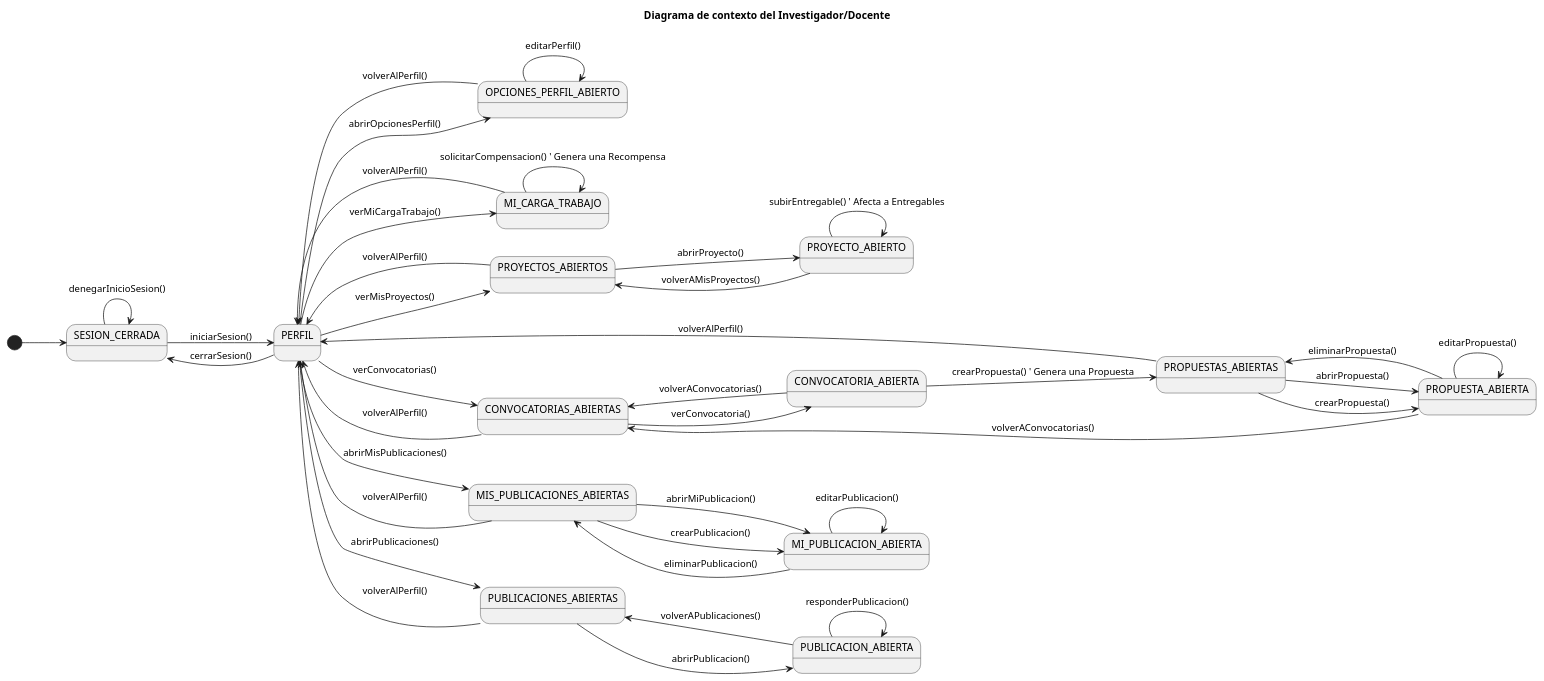
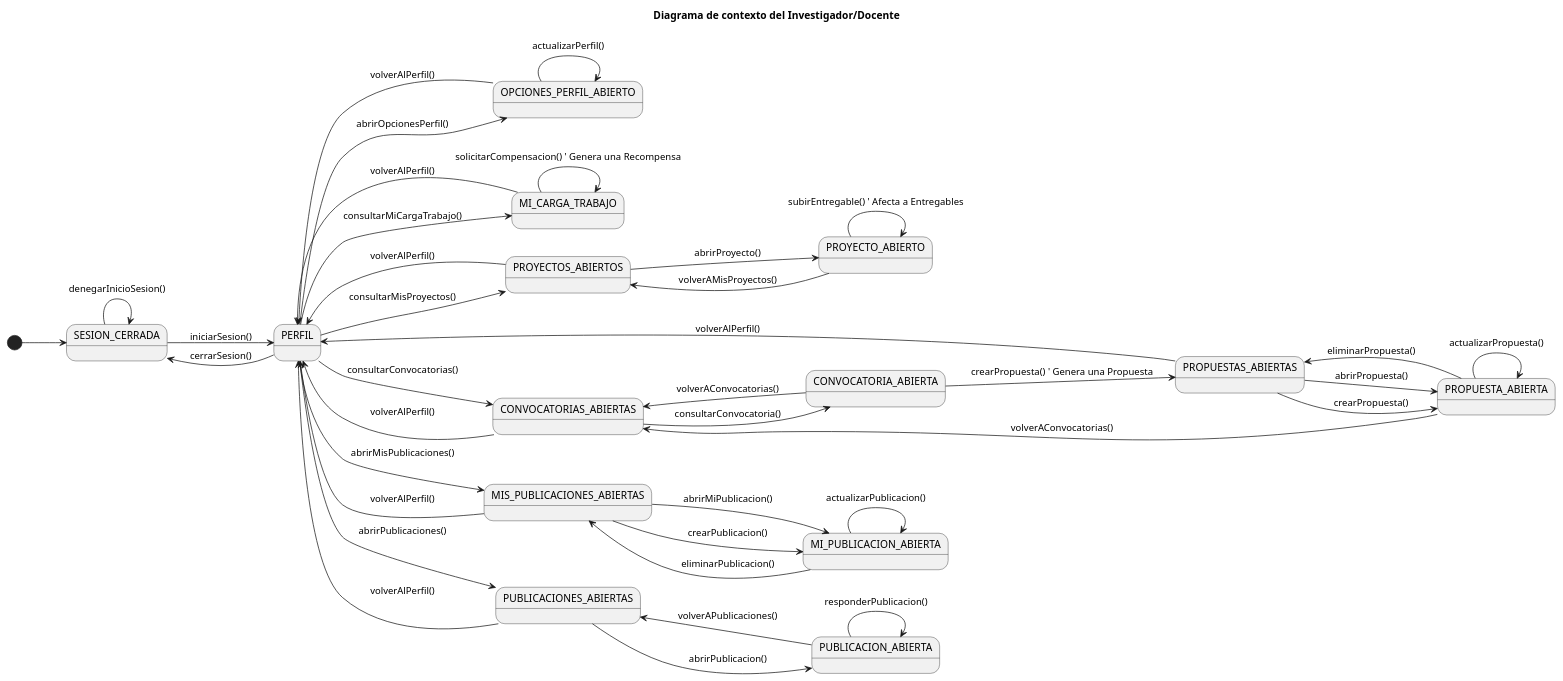
The diagram in documents/CasosDeUso/DiagramaContexto/DiagramaContextoInvestigador.puml (31Diego/25-26-IdSw1-SdR), drawn with PlantUML before and after one commit. The commit also changed 9 other files, not shown here.

Commit message:
refactor: actualizar terminología a convención CRUD en todos los diagramas

```diff
--- a/documents/CasosDeUso/DiagramaContexto/DiagramaContextoInvestigador.puml
+++ b/documents/CasosDeUso/DiagramaContexto/DiagramaContextoInvestigador.puml
@@ -1,61 +1,61 @@
 @startuml DiagramaContextoInvestigador
 
 title Diagrama de contexto del Investigador/Docente
 
 left to right direction
 
 [*] --> SESION_CERRADA
 SESION_CERRADA --> SESION_CERRADA : denegarInicioSesion()
 SESION_CERRADA --> PERFIL : iniciarSesion()
 
 PERFIL --> SESION_CERRADA : cerrarSesion()
 PERFIL --> OPCIONES_PERFIL_ABIERTO : abrirOpcionesPerfil()
-PERFIL --> MI_CARGA_TRABAJO : verMiCargaTrabajo()
-PERFIL --> PROYECTOS_ABIERTOS : verMisProyectos()
-PERFIL --> CONVOCATORIAS_ABIERTAS : verConvocatorias()
+PERFIL --> MI_CARGA_TRABAJO : consultarMiCargaTrabajo()
+PERFIL --> PROYECTOS_ABIERTOS : consultarMisProyectos()
+PERFIL --> CONVOCATORIAS_ABIERTAS : consultarConvocatorias()
 PERFIL --> MIS_PUBLICACIONES_ABIERTAS : abrirMisPublicaciones()
 PERFIL --> PUBLICACIONES_ABIERTAS : abrirPublicaciones()
 
 ' --- Gestión de Publicaciones ---
 PUBLICACIONES_ABIERTAS --> PUBLICACION_ABIERTA : abrirPublicacion()
 PUBLICACION_ABIERTA --> PUBLICACION_ABIERTA : responderPublicacion()
 PUBLICACION_ABIERTA --> PUBLICACIONES_ABIERTAS : volverAPublicaciones()
 
 MIS_PUBLICACIONES_ABIERTAS --> MI_PUBLICACION_ABIERTA : abrirMiPublicacion()
 MIS_PUBLICACIONES_ABIERTAS --> MI_PUBLICACION_ABIERTA : crearPublicacion()
-MI_PUBLICACION_ABIERTA --> MI_PUBLICACION_ABIERTA : editarPublicacion()
+MI_PUBLICACION_ABIERTA --> MI_PUBLICACION_ABIERTA : actualizarPublicacion()
 MI_PUBLICACION_ABIERTA --> MIS_PUBLICACIONES_ABIERTAS : eliminarPublicacion()
 
 ' --- Gestión de Perfil y Carga de Trabajo ---
-OPCIONES_PERFIL_ABIERTO --> OPCIONES_PERFIL_ABIERTO : editarPerfil()
+OPCIONES_PERFIL_ABIERTO --> OPCIONES_PERFIL_ABIERTO : actualizarPerfil()
 OPCIONES_PERFIL_ABIERTO --> PERFIL : volverAlPerfil()
 
 MI_CARGA_TRABAJO --> MI_CARGA_TRABAJO : solicitarCompensacion() ' Genera una Recompensa
 MI_CARGA_TRABAJO --> PERFIL : volverAlPerfil()
 
 ' --- Gestión de Proyectos (solo lectura y seguimiento) ---
 PROYECTOS_ABIERTOS --> PROYECTO_ABIERTO : abrirProyecto()
 PROYECTO_ABIERTO --> PROYECTO_ABIERTO : subirEntregable() ' Afecta a Entregables
 PROYECTO_ABIERTO --> PROYECTOS_ABIERTOS : volverAMisProyectos()
 
 ' --- Gestión de Convocatorias ---
-CONVOCATORIAS_ABIERTAS --> CONVOCATORIA_ABIERTA : verConvocatoria()
+CONVOCATORIAS_ABIERTAS --> CONVOCATORIA_ABIERTA : consultarConvocatoria()
 CONVOCATORIA_ABIERTA --> CONVOCATORIAS_ABIERTAS : volverAConvocatorias()
 CONVOCATORIA_ABIERTA --> PROPUESTAS_ABIERTAS : crearPropuesta() ' Genera una Propuesta
 
 ' --- Gestión de Propuestas ---
 PROPUESTAS_ABIERTAS --> PROPUESTA_ABIERTA : abrirPropuesta()
 PROPUESTAS_ABIERTAS --> PROPUESTA_ABIERTA : crearPropuesta()
 
-PROPUESTA_ABIERTA --> PROPUESTA_ABIERTA : editarPropuesta()
+PROPUESTA_ABIERTA --> PROPUESTA_ABIERTA : actualizarPropuesta()
 PROPUESTA_ABIERTA --> PROPUESTAS_ABIERTAS : eliminarPropuesta()
 PROPUESTA_ABIERTA --> CONVOCATORIAS_ABIERTAS : volverAConvocatorias()
 
 ' --- Transiciones de retorno ---
 PUBLICACIONES_ABIERTAS --> PERFIL : volverAlPerfil()
 MIS_PUBLICACIONES_ABIERTAS --> PERFIL : volverAlPerfil()
 PROYECTOS_ABIERTOS --> PERFIL : volverAlPerfil()
 CONVOCATORIAS_ABIERTAS --> PERFIL : volverAlPerfil()
 PROPUESTAS_ABIERTAS --> PERFIL : volverAlPerfil()
 
 @enduml
```
